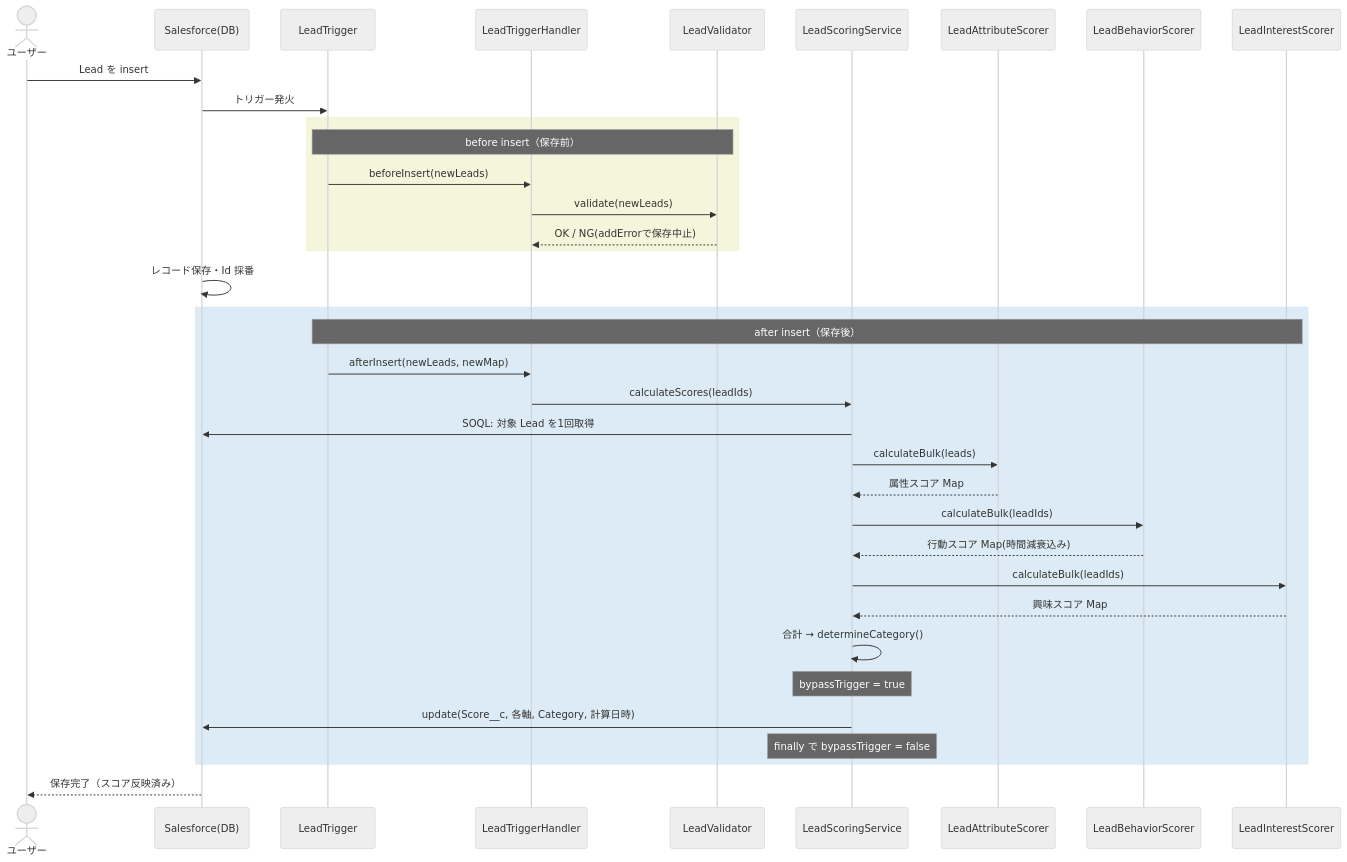
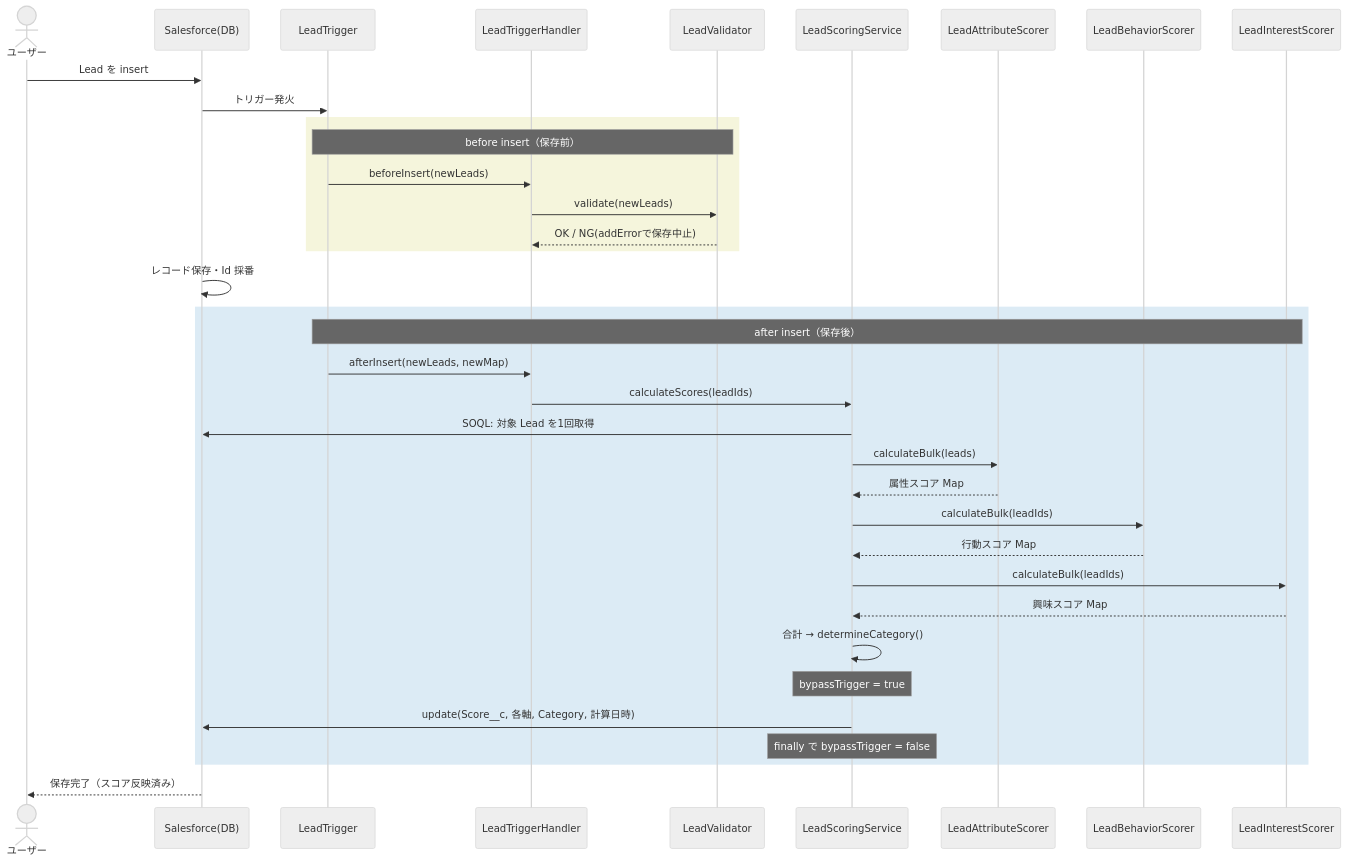
The fifth of 9 diagrams in docs/design-diagrams.md (fujiwayayoshiki2001/sf-ai-development-2026), drawn with Mermaid (neutral theme) before and after one commit. The commit also changed other lines of this file and 21 other files, not shown here.

````diff
--- a/docs/design-diagrams.md
+++ b/docs/design-diagrams.md
@@ -286,43 +281,43 @@
 ```mermaid
 sequenceDiagram
     actor User as ユーザー
     participant DB as Salesforce(DB)
     participant TG as LeadTrigger
     participant H as LeadTriggerHandler
     participant V as LeadValidator
     participant SS as LeadScoringService
     participant AS as LeadAttributeScorer
     participant BS as LeadBehaviorScorer
     participant IS as LeadInterestScorer
 
     User->>DB: Lead を insert
     DB->>TG: トリガー発火
 
     rect rgb(245,245,220)
     Note over TG,V: before insert（保存前）
     TG->>H: beforeInsert(newLeads)
     H->>V: validate(newLeads)
     V-->>H: OK / NG(addErrorで保存中止)
     end
 
     DB->>DB: レコード保存・Id 採番
 
     rect rgb(220,235,245)
     Note over TG,IS: after insert（保存後）
     TG->>H: afterInsert(newLeads, newMap)
     H->>SS: calculateScores(leadIds)
     SS->>DB: SOQL: 対象 Lead を1回取得
     SS->>AS: calculateBulk(leads)
     AS-->>SS: 属性スコア Map
     SS->>BS: calculateBulk(leadIds)
-    BS-->>SS: 行動スコア Map(時間減衰込み)
+    BS-->>SS: 行動スコア Map
     SS->>IS: calculateBulk(leadIds)
     IS-->>SS: 興味スコア Map
     SS->>SS: 合計 → determineCategory()
     Note over SS: bypassTrigger = true
     SS->>DB: update(Score__c, 各軸, Category, 計算日時)
     Note over SS: finally で bypassTrigger = false
     end
 
     DB-->>User: 保存完了（スコア反映済み）
 ```
````
